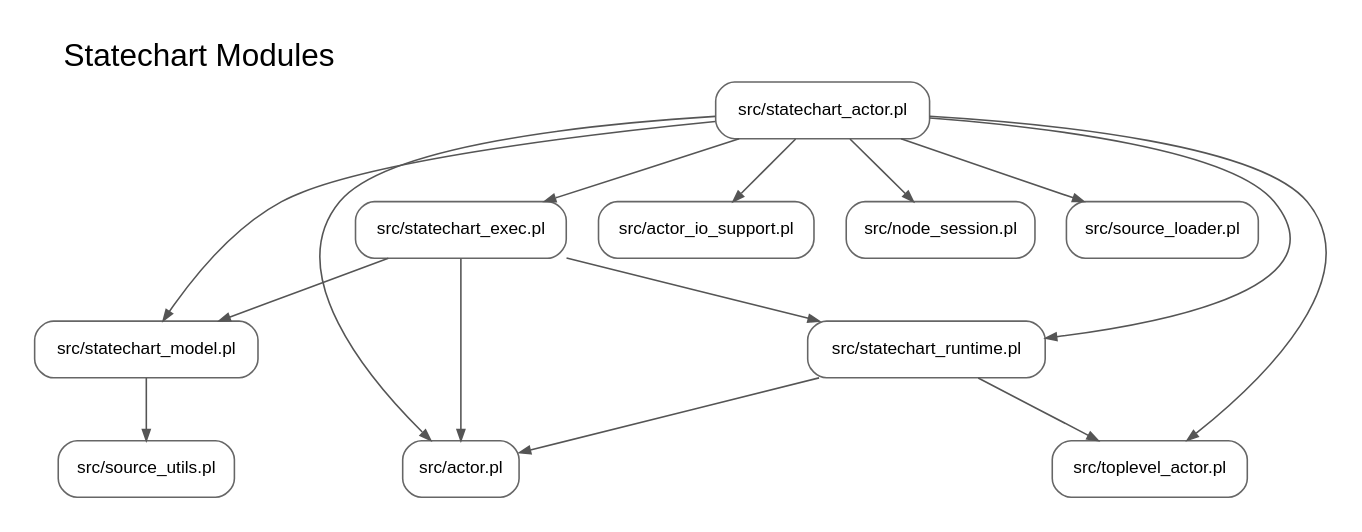
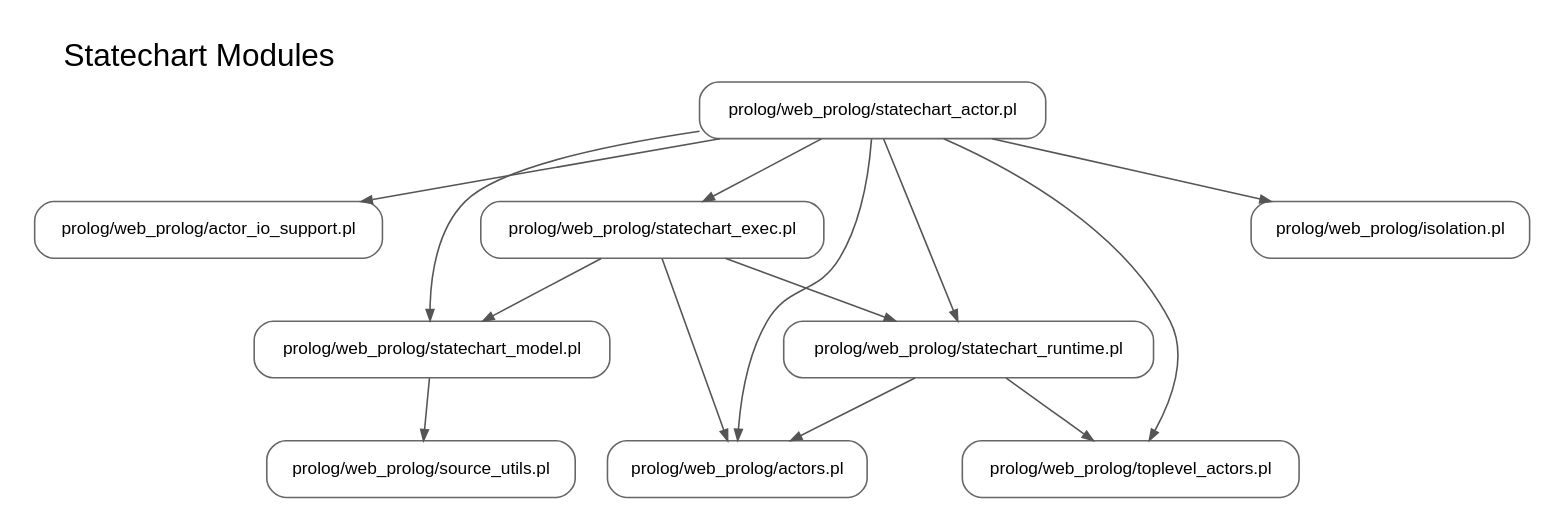
One commit to torbjornlager/trinity-demonstrator changed the diagram in docs/generated/dependency_graph/statechart-modules.dot. Above: the diagram before and after it, drawn with Graphviz. The commit also changed 17 other files, not shown here.

First line of the commit message:
Clean up remaining src/ references in docs and the dep-graph generator

```diff
--- a/docs/generated/dependency_graph/statechart-modules.dot
+++ b/docs/generated/dependency_graph/statechart-modules.dot
@@ -1,30 +1,28 @@
 digraph dependency_graph {
   graph [rankdir=TB, labelloc=t, labeljust=l, fontsize=20, fontname="Helvetica", overlap=false, splines=true, nodesep=0.28, ranksep=0.55, pad=0.2];
   node [shape=box, style="rounded", color="#666666", fontname="Helvetica", fontsize=11, margin="0.08,0.05"];
   edge [color="#555555", arrowsize=0.7, penwidth=1.0];
   label="Statechart Modules";
-  n0 [label="src/actor.pl"];
-  n1 [label="src/actor_io_support.pl"];
-  n2 [label="src/node_session.pl"];
-  n3 [label="src/source_loader.pl"];
-  n4 [label="src/source_utils.pl"];
-  n5 [label="src/statechart_actor.pl"];
-  n6 [label="src/statechart_exec.pl"];
-  n7 [label="src/statechart_model.pl"];
-  n8 [label="src/statechart_runtime.pl"];
-  n9 [label="src/toplevel_actor.pl"];
-  n5 -> n0;
+  n0 [label="prolog/web_prolog/actor_io_support.pl"];
+  n1 [label="prolog/web_prolog/actors.pl"];
+  n2 [label="prolog/web_prolog/isolation.pl"];
+  n3 [label="prolog/web_prolog/source_utils.pl"];
+  n4 [label="prolog/web_prolog/statechart_actor.pl"];
+  n5 [label="prolog/web_prolog/statechart_exec.pl"];
+  n6 [label="prolog/web_prolog/statechart_model.pl"];
+  n7 [label="prolog/web_prolog/statechart_runtime.pl"];
+  n8 [label="prolog/web_prolog/toplevel_actors.pl"];
+  n4 -> n0;
+  n4 -> n1;
+  n4 -> n2;
+  n4 -> n5;
+  n4 -> n6;
+  n4 -> n7;
+  n4 -> n8;
   n5 -> n1;
-  n5 -> n2;
-  n5 -> n3;
   n5 -> n6;
   n5 -> n7;
-  n5 -> n8;
-  n5 -> n9;
-  n6 -> n0;
-  n6 -> n7;
-  n6 -> n8;
-  n7 -> n4;
-  n8 -> n0;
-  n8 -> n9;
+  n6 -> n3;
+  n7 -> n1;
+  n7 -> n8;
 }
```
